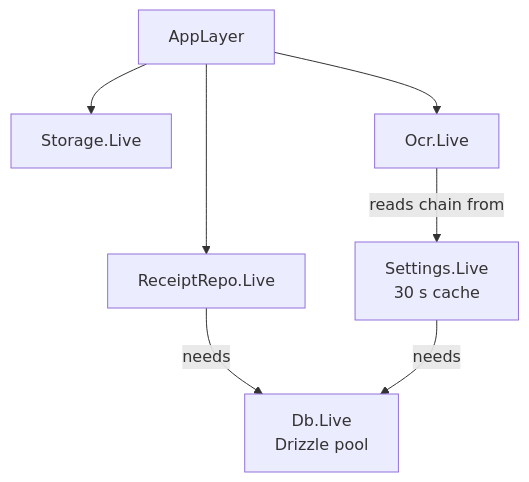
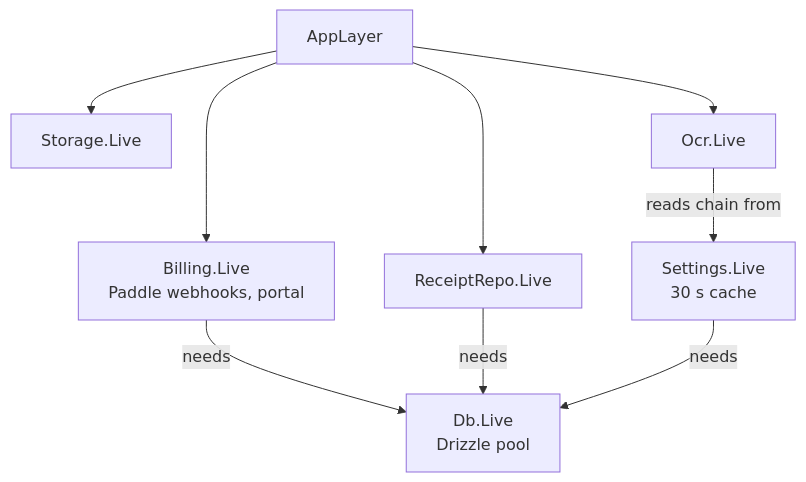
The first of 2 diagrams in docs/architecture/core.md (bhimrazy/receipt-ocr-app), drawn with Mermaid before and after one commit. The commit also changed other lines of this file and 10 other files, not shown here.

First line of the commit message:
docs: billing flow, plans and limits table, Paddle setup and decisions

````diff
--- a/docs/architecture/core.md
+++ b/docs/architecture/core.md
@@ -33,16 +33,19 @@
 ```mermaid
 flowchart TD
   app[AppLayer]
   repo[ReceiptRepo.Live]
   storage[Storage.Live]
   ocr[Ocr.Live]
   settings[Settings.Live<br/>30 s cache]
   db[Db.Live<br/>Drizzle pool]
+  billing[Billing.Live<br/>Paddle webhooks, portal]
 
   app --> repo
+  app --> billing
+  billing -- needs --> db
   app --> storage
   app --> ocr
   repo -- needs --> db
   ocr -- "reads chain from" --> settings
   settings -- needs --> db
 ```
````
